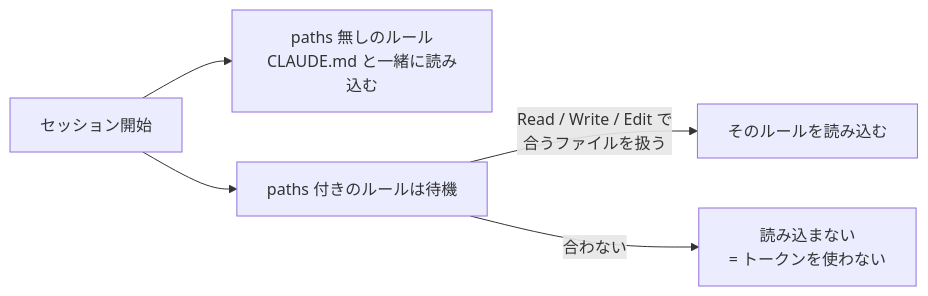
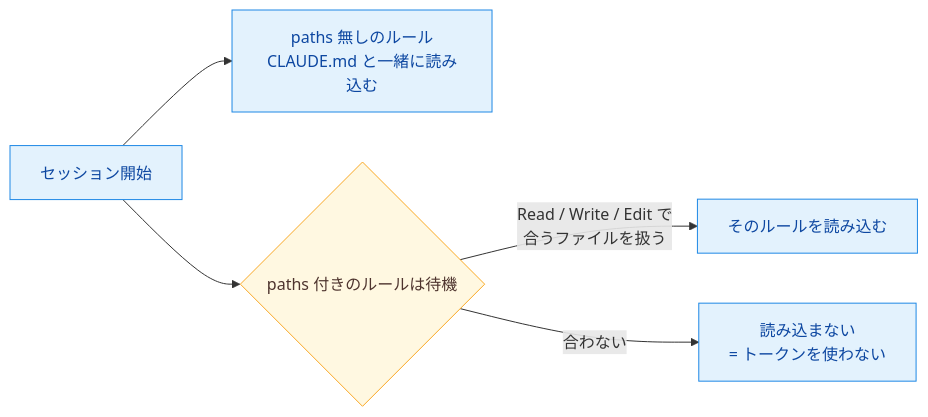
Before and after one commit to yuya-take/yuya-exam-notes: the diagram in ccaf/notes/03-claude-code/path-scoped-rules.md, drawn with Mermaid. The commit also changed other lines of this file and 50 other files, not shown here.

````diff
--- a/ccaf/notes/03-claude-code/path-scoped-rules.md
+++ b/ccaf/notes/03-claude-code/path-scoped-rules.md
@@ -12,7 +12,11 @@
 ```mermaid
 flowchart LR
-  S[セッション開始] --> A[paths 無しのルール<br>CLAUDE.md と一緒に読み込む]
-  S --> W[paths 付きのルールは待機]
-  W -->|Read / Write / Edit で<br>合うファイルを扱う| L[そのルールを読み込む]
-  W -->|合わない| N[読み込まない<br>= トークンを使わない]
+  S[セッション開始] --> A["paths 無しのルール<br>CLAUDE.md と一緒に読み込む"]
+  S --> W{paths 付きのルールは待機}
+  W -->|"Read / Write / Edit で<br>合うファイルを扱う"| L[そのルールを読み込む]
+  W -->|合わない| N["読み込まない<br>= トークンを使わない"]
+  classDef run fill:#e3f2fd,stroke:#1e88e5,color:#0d47a1
+  classDef judge fill:#fff8e1,stroke:#f9a825,color:#4e342e
+  class S,A,L,N run
+  class W judge
 ```
````
